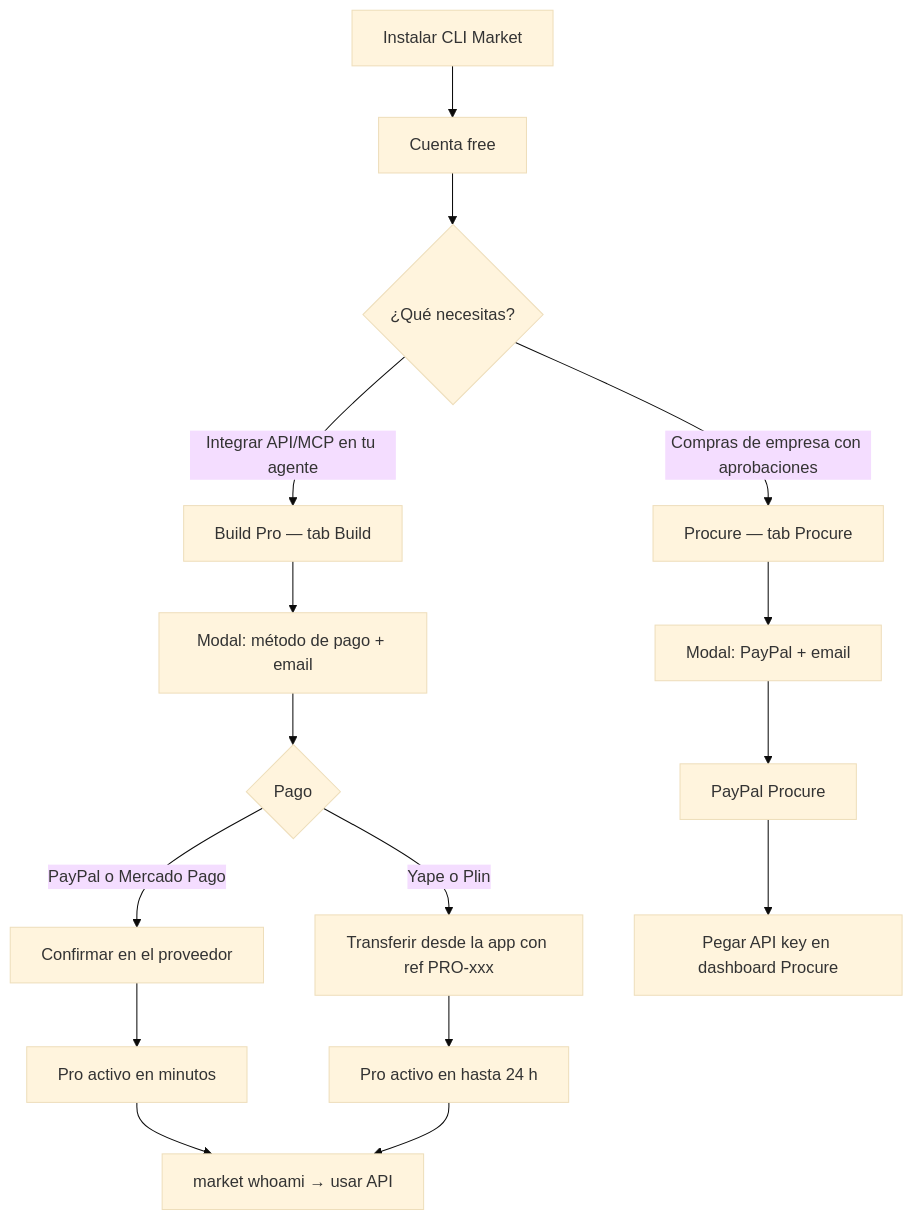
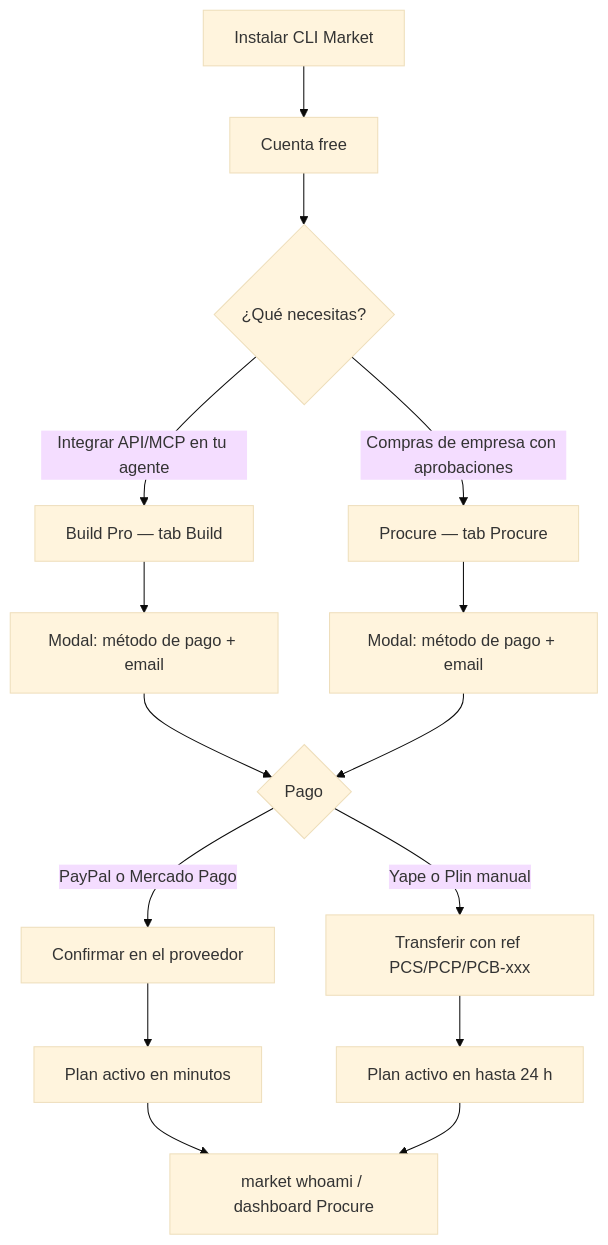
The diagram in ops/CLIENT_PAYMENT_JOURNEY.md (Treevu-ai/cli-market-world), drawn with Mermaid (base theme) before and after one commit. The commit also changed other lines of this file and 10 other files, not shown here.

````diff
--- a/ops/CLIENT_PAYMENT_JOURNEY.md
+++ b/ops/CLIENT_PAYMENT_JOURNEY.md
@@ -9,18 +9,17 @@
 ```mermaid
 flowchart TB
   A[Instalar CLI Market] --> B[Cuenta free]
   B --> C{¿Qué necesitas?}
   C -->|Integrar API/MCP en tu agente| D[Build Pro — tab Build]
   C -->|Compras de empresa con aprobaciones| E[Procure — tab Procure]
   D --> F[Modal: método de pago + email]
-  E --> G[Modal: PayPal + email]
+  E --> G[Modal: método de pago + email]
   F --> H{Pago}
+  G --> H
   H -->|PayPal o Mercado Pago| I[Confirmar en el proveedor]
-  H -->|Yape o Plin| J[Transferir desde la app con ref PRO-xxx]
-  I --> K[Pro activo en minutos]
-  J --> L[Pro activo en hasta 24 h]
-  K --> M[market whoami → usar API]
+  H -->|Yape o Plin manual| J[Transferir con ref PCS/PCP/PCB-xxx]
+  I --> K[Plan activo en minutos]
+  J --> L[Plan activo en hasta 24 h]
+  K --> M[market whoami / dashboard Procure]
   L --> M
-  G --> N[PayPal Procure]
-  N --> O[Pegar API key en dashboard Procure]
 ```
````
